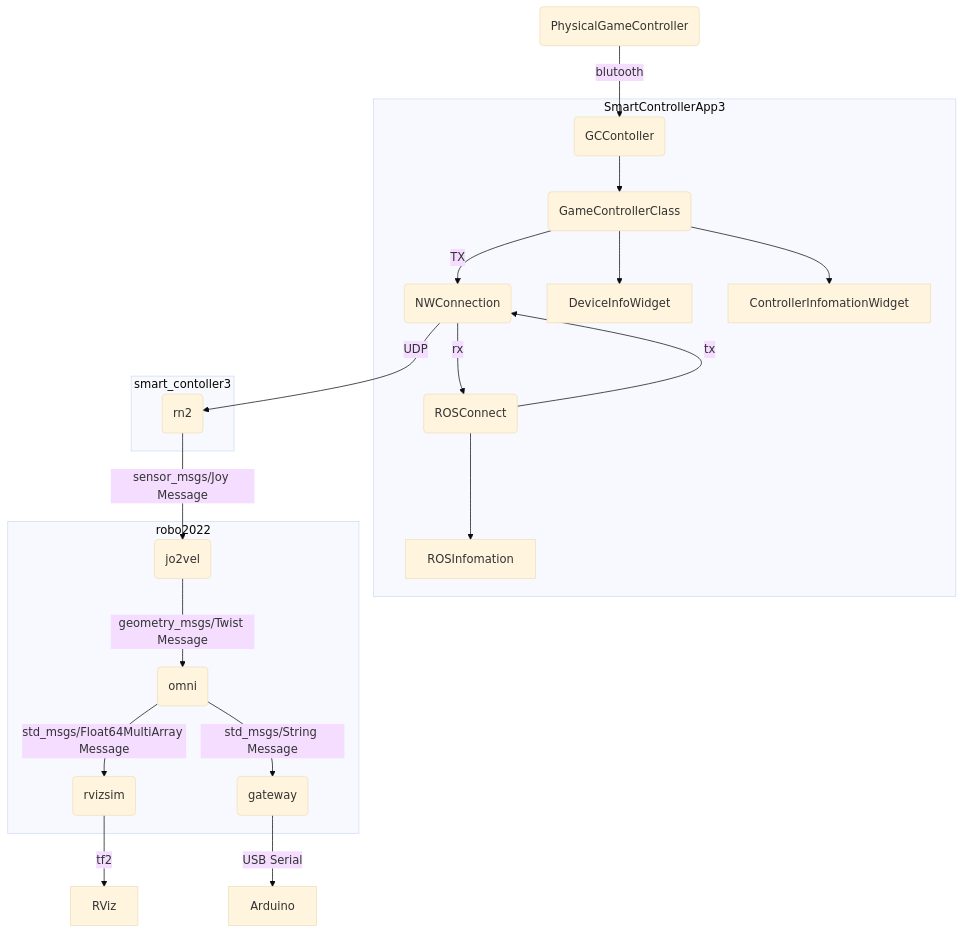
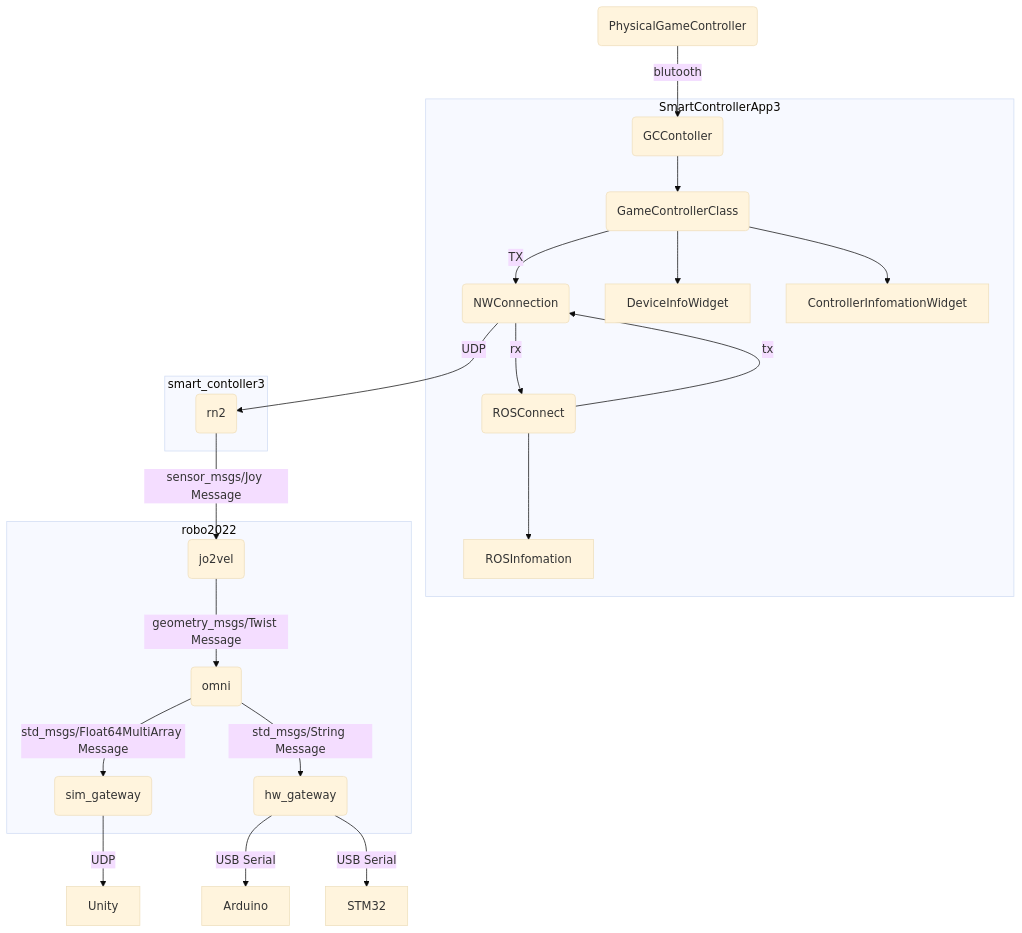
Before and after one commit to TakanoTaiga/Robo2022: the first of 2 diagrams in README.md, drawn with Mermaid (base theme).

````diff
--- a/README.md
+++ b/README.md
@@ -31,28 +31,29 @@
 ```mermaid
 flowchart TD
 
 id1(PhysicalGameController) -- blutooth --> id2(GCContoller)
 subgraph SmartControllerApp3
 id2 --> id3(GameControllerClass)
 id3 -- TX --> id4(NWConnection)
 id3 --> DeviceInfoWidget
 id3 --> ControllerInfomationWidget
 id5(ROSConnect) -- tx --> id4
 id4 -- rx --> id5
 id5 --> ROSInfomation
 end
 
 subgraph smart_contoller3
 id4 -- UDP --> id6(rn2)
 end
 
 subgraph robo2022
 id6 -- sensor_msgs/Joy Message --> id7(jo2vel)
 id7 -- geometry_msgs/Twist Message --> id8(omni)
-id8 -- std_msgs/Float64MultiArray Message --> id9(rvizsim)
-id8 -- std_msgs/String Message --> id10(gateway)
+id8 -- std_msgs/Float64MultiArray Message --> id9(sim_gateway)
+id8 -- std_msgs/String Message --> id10(hw_gateway)
 end
-id9 -- tf2 --> RViz
+id9 -- UDP --> Unity
 id10 -- USB Serial --> Arduino
+id10 -- USB Serial --> STM32
 
 ```
````
